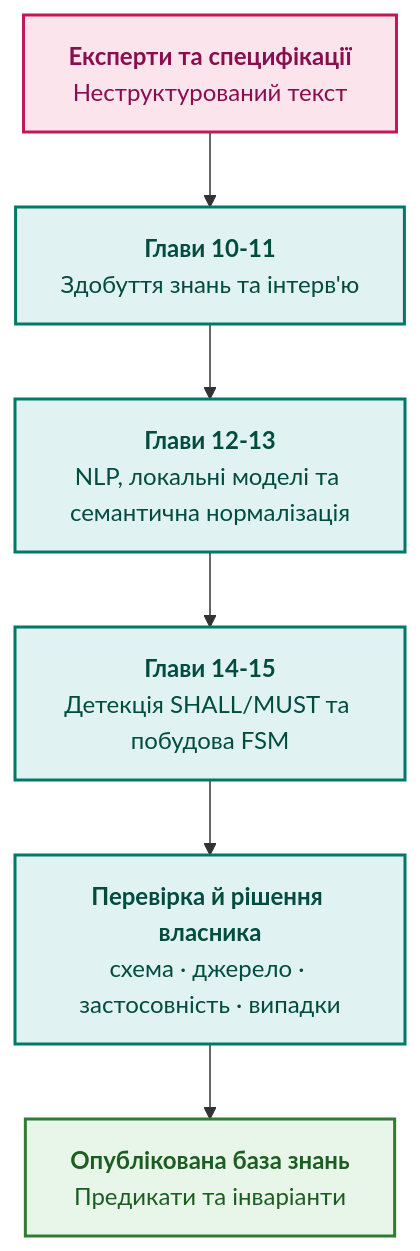
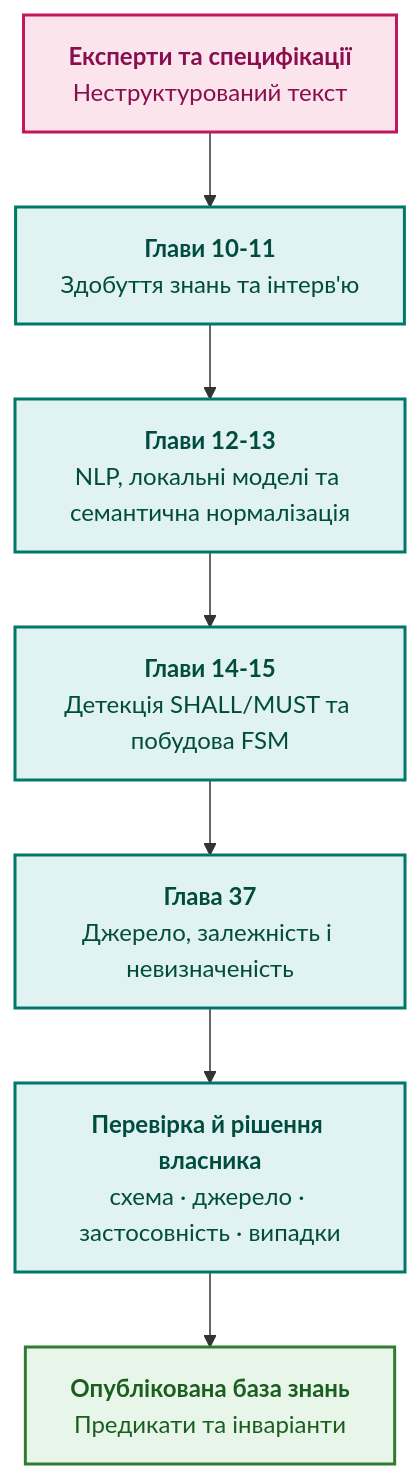
The diagram in ExpertSystem/part-03-knowledge-engineering-nlp.md (nick-fedchik/articles), drawn with Mermaid before and after one commit. The commit also changed other lines of this file and 47 other files, not shown here.

````diff
--- a/ExpertSystem/part-03-knowledge-engineering-nlp.md
+++ b/ExpertSystem/part-03-knowledge-engineering-nlp.md
@@ -24,19 +27,20 @@
 ```mermaid
 flowchart TD
     accTitle: Пайплайн інженерії знань Частини III
-    accDescr: Етапи вилучення знань від інтерв'ювання та NLP до парсингу вимог і синтезу FSM.
+    accDescr: Здобуття, мовний аналіз, формалізація та оцінювання джерел перед допуском знань.
 
     E["<b>Експерти та специфікації</b><br/>Неструктурований текст"] --> KAS["<b>Глави 10-11</b><br/>Здобуття знань та інтерв'ю"]
     KAS --> NLP["<b>Глави 12-13</b><br/>NLP, локальні моделі та семантична нормалізація"]
     NLP --> EXT["<b>Глави 14-15</b><br/>Детекція SHALL/MUST та побудова FSM"]
-    EXT --> REVIEW["<b>Перевірка й рішення власника</b><br/>схема · джерело · застосовність · випадки"]
+    EXT --> INPUT["<b>Глава 37</b><br/>Джерело, залежність і невизначеність"]
+    INPUT --> REVIEW["<b>Перевірка й рішення власника</b><br/>схема · джерело · застосовність · випадки"]
     REVIEW --> KB["<b>Опублікована база знань</b><br/>Предикати та інваріанти"]
 
     classDef src fill:#fce4ec,stroke:#c2185b,stroke-width:2px,color:#880e4f;
     classDef step fill:#e0f2f1,stroke:#00796b,stroke-width:2px,color:#004d40;
     classDef out fill:#e8f5e9,stroke:#2e7d32,stroke-width:2px,color:#1b5e20;
 
     class E src;
-    class KAS,NLP,EXT,REVIEW step;
+    class KAS,NLP,EXT,INPUT,REVIEW step;
     class KB out;
 ```
````
